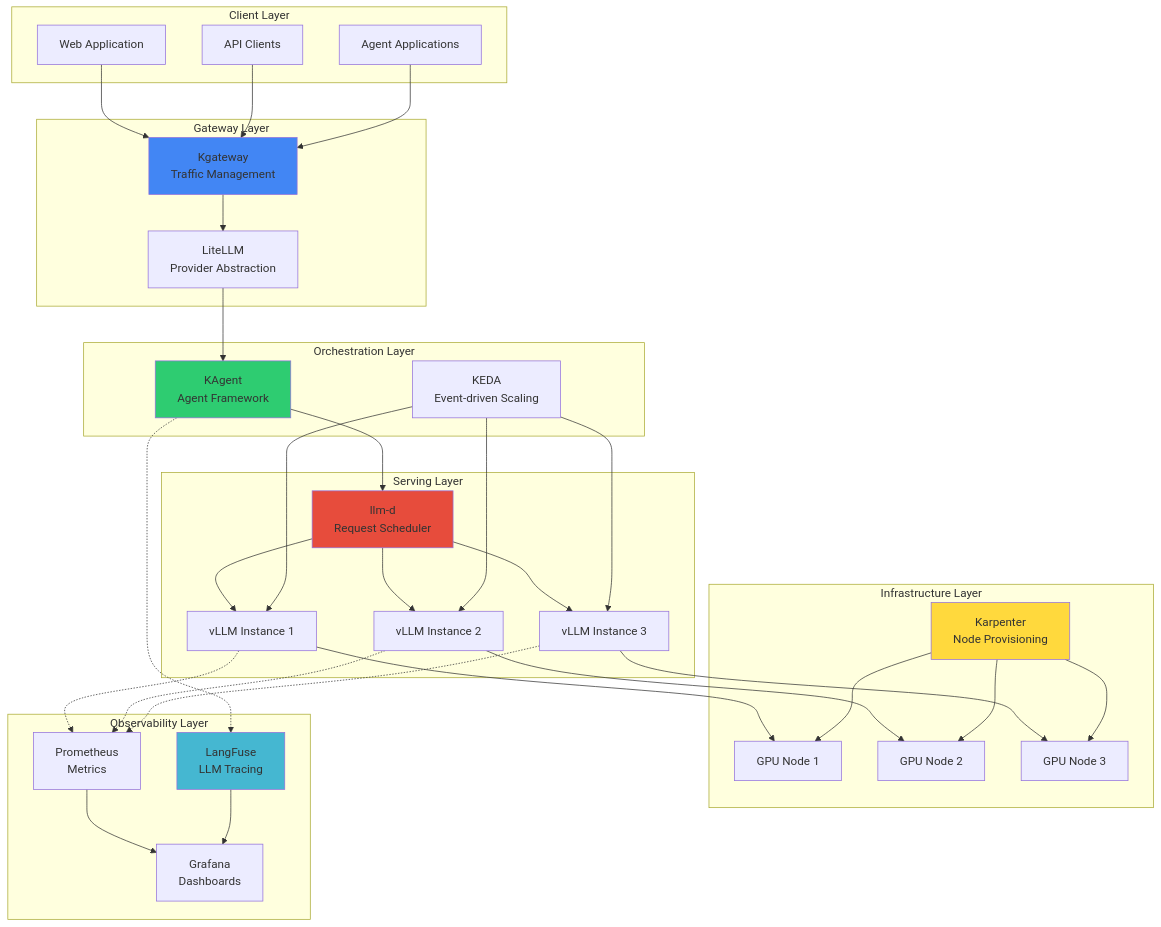
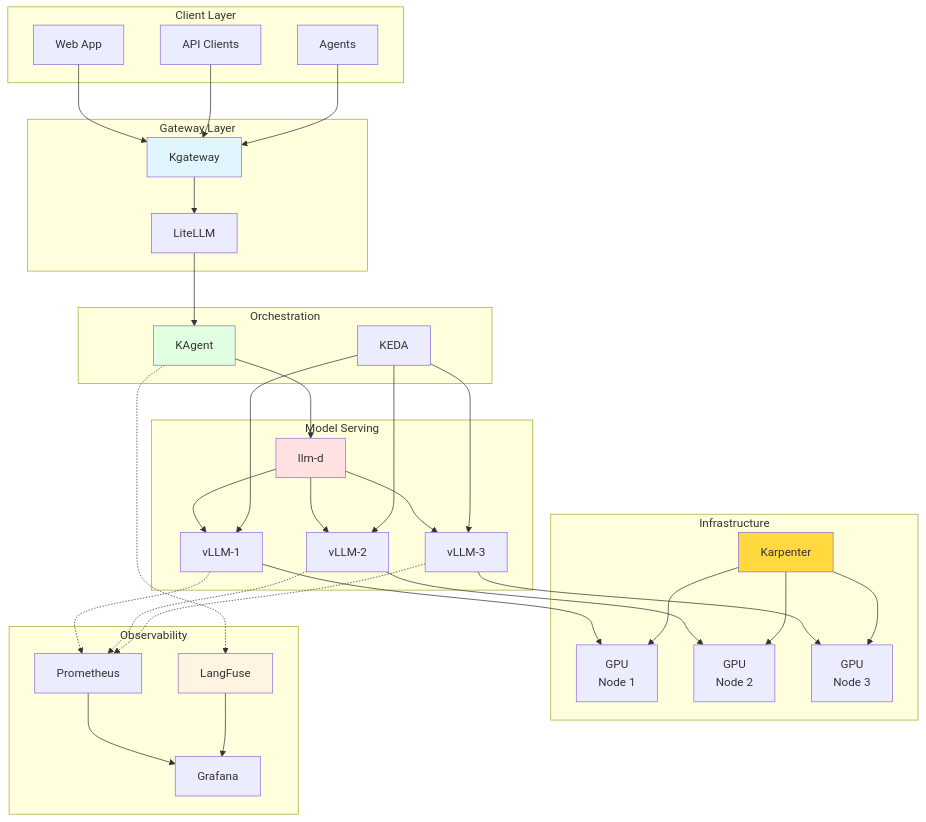
One commit to devfloor9/engineering-playbook changed the ninth of 16 diagrams in docs/agentic-ai-platform/design-architecture/agentic-ai-challenges.md. Above: the diagram before and after it, drawn with Mermaid. The commit also changed other lines of this file and 24 other files, not shown here.

````diff
--- a/docs/agentic-ai-platform/design-architecture/agentic-ai-challenges.md
+++ b/docs/agentic-ai-platform/design-architecture/agentic-ai-challenges.md
@@ -379,60 +389,70 @@
 ```mermaid
-graph TB
-    subgraph "Client Layer"
-        WEB["Web Application"]
+flowchart TD
+    subgraph Client["Client Layer"]
+        WEB["Web App"]
         API["API Clients"]
-        AGENT["Agent Applications"]
+        AGENT["Agents"]
     end
 
-    subgraph "Gateway Layer"
-        KGW["Kgateway<br/>Traffic Management"]
-        LITE["LiteLLM<br/>Provider Abstraction"]
+    subgraph Gateway["Gateway Layer"]
+        KGW["Kgateway"]
+        LITE["LiteLLM"]
     end
 
-    subgraph "Orchestration Layer"
-        KAGENT["KAgent<br/>Agent Framework"]
-        KEDA["KEDA<br/>Event-driven Scaling"]
+    subgraph Orchestration["Orchestration"]
+        KAGENT["KAgent"]
+        KEDA["KEDA"]
     end
 
-    subgraph "Serving Layer"
-        LLMD["llm-d<br/>Request Scheduler"]
-        VLLM1["vLLM Instance 1"]
-        VLLM2["vLLM Instance 2"]
-        VLLM3["vLLM Instance 3"]
+    subgraph Serving["Model Serving"]
+        LLMD["llm-d"]
+        VLLM1["vLLM-1"]
+        VLLM2["vLLM-2"]
+        VLLM3["vLLM-3"]
     end
 
-    subgraph "Infrastructure Layer"
-        KARP["Karpenter<br/>Node Provisioning"]
-        GPU1["GPU Node 1"]
-        GPU2["GPU Node 2"]
-        GPU3["GPU Node 3"]
+    subgraph Infra["Infrastructure"]
+        KARP["Karpenter"]
+        GPU1["GPU<br/>Node 1"]
+        GPU2["GPU<br/>Node 2"]
+        GPU3["GPU<br/>Node 3"]
     end
 
-    subgraph "Observability Layer"
-        LF["LangFuse<br/>LLM Tracing"]
-        PROM["Prometheus<br/>Metrics"]
-        GRAF["Grafana<br/>Dashboards"]
+    subgraph Obs["Observability"]
+        LF["LangFuse"]
+        PROM["Prometheus"]
+        GRAF["Grafana"]
     end
 
-    WEB & API & AGENT --> KGW
+    WEB --> KGW
+    API --> KGW
+    AGENT --> KGW
     KGW --> LITE
     LITE --> KAGENT
     KAGENT --> LLMD
-    LLMD --> VLLM1 & VLLM2 & VLLM3
+    LLMD --> VLLM1
+    LLMD --> VLLM2
+    LLMD --> VLLM3
     VLLM1 --> GPU1
     VLLM2 --> GPU2
     VLLM3 --> GPU3
-    KARP --> GPU1 & GPU2 & GPU3
-    KEDA --> VLLM1 & VLLM2 & VLLM3
+    KARP --> GPU1
+    KARP --> GPU2
+    KARP --> GPU3
+    KEDA --> VLLM1
+    KEDA --> VLLM2
+    KEDA --> VLLM3
 
     KAGENT -.-> LF
-    VLLM1 & VLLM2 & VLLM3 -.-> PROM
+    VLLM1 -.-> PROM
+    VLLM2 -.-> PROM
+    VLLM3 -.-> PROM
     PROM --> GRAF
     LF --> GRAF
 
-    style KGW fill:#4286f4
-    style KAGENT fill:#2ecc71
+    style KGW fill:#e1f5ff
+    style KAGENT fill:#e1ffe1
     style KARP fill:#ffd93d
-    style LF fill:#45b7d1
-    style LLMD fill:#e74c3c
+    style LF fill:#fff4e1
+    style LLMD fill:#ffe1e1
 ```
````
